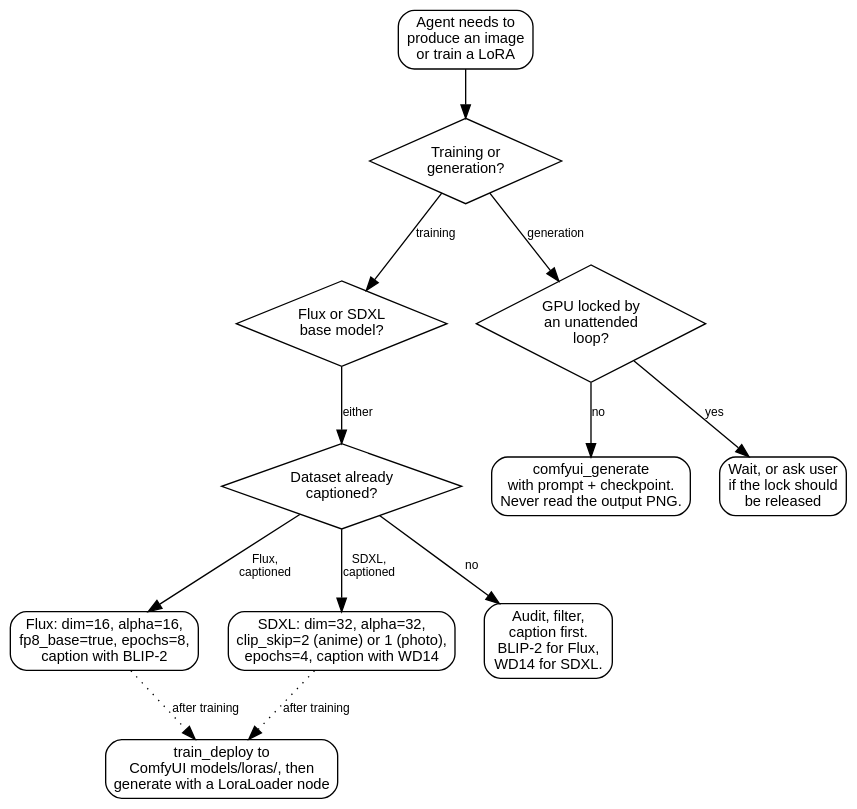
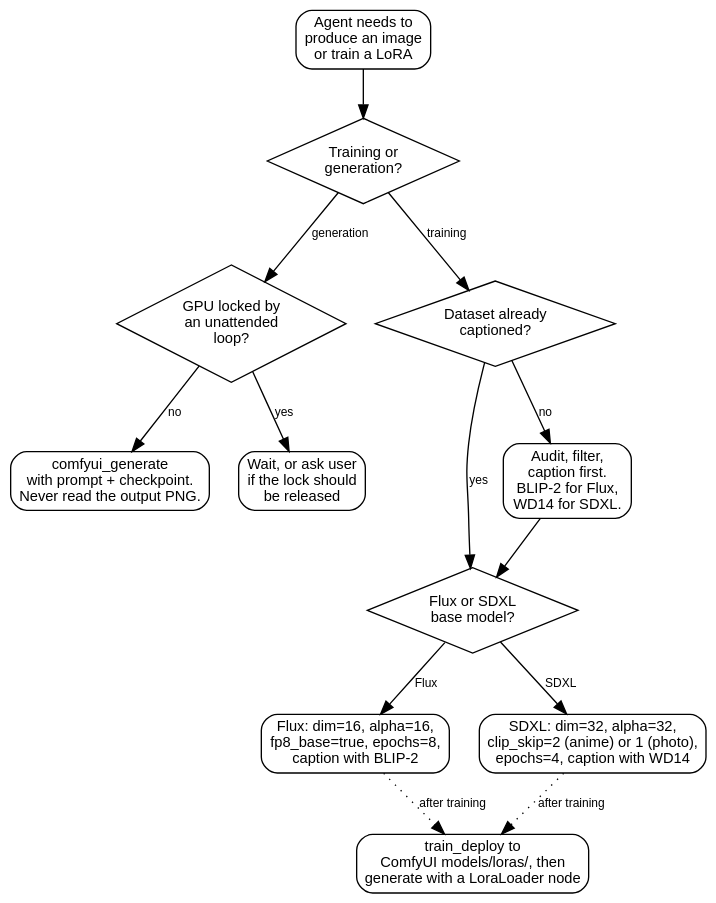
Before and after one commit to erfianugrah/lexicanum: the second of 2 diagrams in src/content/docs/reference/agent-image-generation-and-lora-training.mdx, drawn with Graphviz. The commit also changed 4 other files, not shown here.

First line of the commit message:
docs: redraw five diagrams on the agent/LLM pages after a live check

````diff
--- a/src/content/docs/reference/agent-image-generation-and-lora-training.mdx
+++ b/src/content/docs/reference/agent-image-generation-and-lora-training.mdx
@@ -232,33 +232,34 @@
 ```dot
 digraph {
   rankdir=TB; bgcolor="transparent"; nodesep=0.3; ranksep=0.5;
   fontname="Helvetica,Arial,sans-serif";
   node [fontname="Helvetica,Arial,sans-serif", fontsize=11, shape=diamond, margin="0.1,0.05"];
   edge [fontname="Helvetica,Arial,sans-serif", fontsize=9];
 
   start [label="Agent needs to\nproduce an image\nor train a LoRA", shape=box, style=rounded];
   q_train [label="Training or\ngeneration?"];
   q_flux [label="Flux or SDXL\nbase model?"];
   q_lock [label="GPU locked by\nan unattended\nloop?"];
   q_cap [label="Dataset already\ncaptioned?"];
 
   r_gen [label="comfyui_generate\nwith prompt + checkpoint.\nNever read the output PNG.", shape=box, style=rounded];
   r_train_flux [label="Flux: dim=16, alpha=16,\nfp8_base=true, epochs=8,\ncaption with BLIP-2", shape=box, style=rounded];
   r_train_sdxl [label="SDXL: dim=32, alpha=32,\nclip_skip=2 (anime) or 1 (photo),\nepochs=4, caption with WD14", shape=box, style=rounded];
   r_lock [label="Wait, or ask user\nif the lock should\nbe released", shape=box, style=rounded];
   r_cap [label="Audit, filter,\ncaption first.\nBLIP-2 for Flux,\nWD14 for SDXL.", shape=box, style=rounded];
   r_deploy [label="train_deploy to\nComfyUI models/loras/, then\ngenerate with a LoraLoader node", shape=box, style=rounded];
 
   start -> q_train;
   q_train -> q_lock [label="generation"];
-  q_train -> q_flux [label="training"];
+  q_train -> q_cap [label="training"];
   q_lock -> r_gen [label="no"];
   q_lock -> r_lock [label="yes"];
-  q_flux -> q_cap [label="either"];
-  q_cap -> r_train_sdxl [label="SDXL,\ncaptioned"];
-  q_cap -> r_train_flux [label="Flux,\ncaptioned"];
   q_cap -> r_cap [label="no"];
+  q_cap -> q_flux [label="yes"];
+  r_cap -> q_flux;
+  q_flux -> r_train_flux [label="Flux"];
+  q_flux -> r_train_sdxl [label="SDXL"];
   r_train_flux -> r_deploy [style=dotted, label="after training"];
   r_train_sdxl -> r_deploy [style=dotted, label="after training"];
 }
 ```
````
